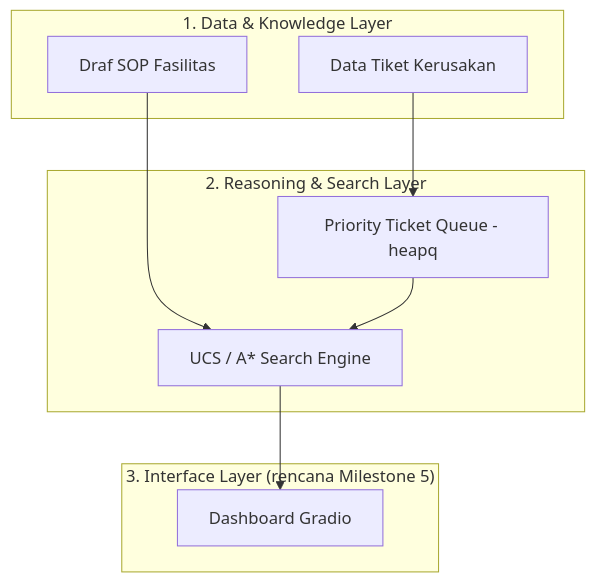
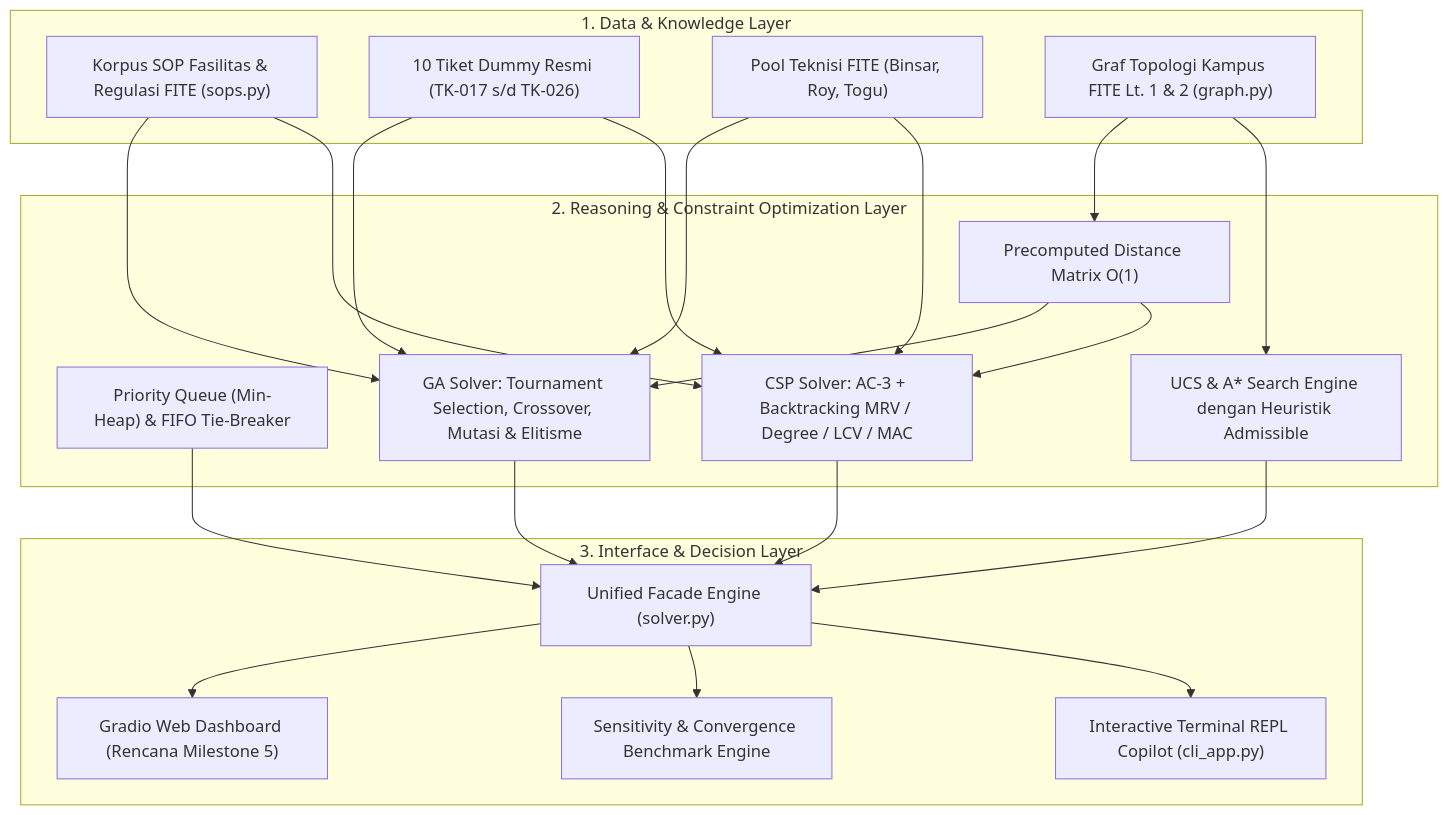
Before and after one commit to LucasPardede/Del-MaintOps-Copilot: the diagram in README.md, drawn with Mermaid. The commit also changed other lines of this file and 15 other files, not shown here.

````diff
--- a/README.md
+++ b/README.md
@@ -15,19 +17,42 @@
 ```mermaid
 flowchart TB
     subgraph L1["1. Data & Knowledge Layer"]
-        A1[Draf SOP Fasilitas]
-        A2[Data Tiket Kerusakan]
-    end
-    subgraph L2["2. Reasoning & Search Layer"]
-        B1[Priority Ticket Queue - heapq]
-        B2["UCS / A* Search Engine"]
-    end
-    subgraph L3["3. Interface Layer (rencana Milestone 5)"]
-        C1[Dashboard Gradio]
+        A1["Korpus SOP Fasilitas & Regulasi FITE (sops.py)"]
+        A2["10 Tiket Dummy Resmi (TK-017 s/d TK-026)"]
+        A3["Pool Teknisi FITE (Binsar, Roy, Togu)"]
+        A4["Graf Topologi Kampus FITE Lt. 1 & 2 (graph.py)"]
     end
 
-    A1 --> B2
-    A2 --> B1
-    B1 --> B2
+    subgraph L2["2. Reasoning & Constraint Optimization Layer"]
+        B1["Priority Queue (Min-Heap) & FIFO Tie-Breaker"]
+        B2["UCS & A* Search Engine dengan Heuristik Admissible"]
+        B3["CSP Solver: AC-3 + Backtracking MRV / Degree / LCV / MAC"]
+        B4["GA Solver: Tournament Selection, Crossover, Mutasi & Elitisme"]
+        B5["Precomputed Distance Matrix O(1)"]
+    end
+
+    subgraph L3["3. Interface & Decision Layer"]
+        C1["Unified Facade Engine (solver.py)"]
+        C2["Interactive Terminal REPL Copilot (cli_app.py)"]
+        C3["Sensitivity & Convergence Benchmark Engine"]
+        C4["Gradio Web Dashboard (Rencana Milestone 5)"]
+    end
+
+    A1 --> B3
+    A1 --> B4
+    A2 --> B3
+    A2 --> B4
+    A3 --> B3
+    A3 --> B4
+    A4 --> B2
+    A4 --> B5
+    B5 --> B3
+    B5 --> B4
+    B1 --> C1
     B2 --> C1
+    B3 --> C1
+    B4 --> C1
+    C1 --> C2
+    C1 --> C3
+    C1 --> C4
 ```
````
